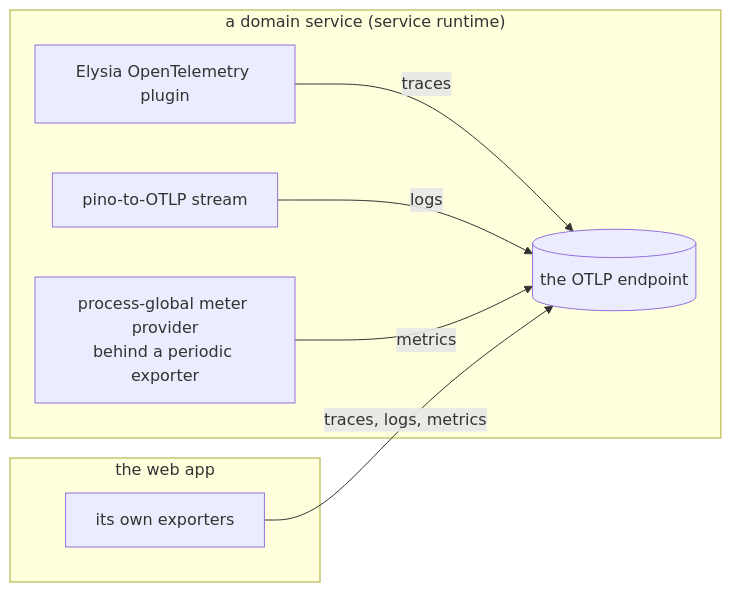
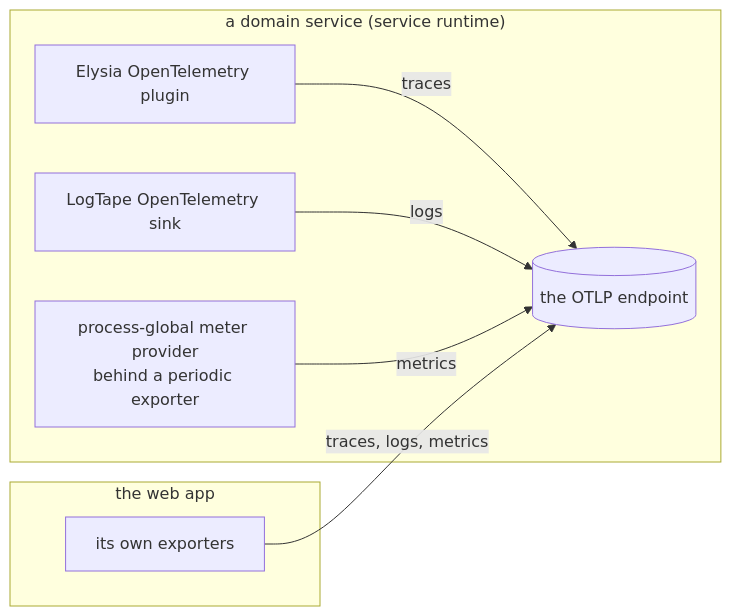
Before and after one commit to zgeoff/vers: the diagram in docs/architecture/platform/observability.md, drawn with Mermaid. The commit also changed other lines of this file and 87 other files, not shown here.

First line of the commit message:
feat(logging): log through logtape and its opentelemetry sink

````diff
--- a/docs/architecture/platform/observability.md
+++ b/docs/architecture/platform/observability.md
@@ -10,12 +10,12 @@
 ```mermaid
 flowchart LR
   subgraph service["a domain service (service runtime)"]
     T1[Elysia OpenTelemetry plugin] -->|traces| O
-    L1[pino-to-OTLP stream] -->|logs| O
+    L1[LogTape OpenTelemetry sink] -->|logs| O
     M1["process-global meter provider<br>behind a periodic exporter"] -->|metrics| O
   end
   subgraph web["the web app"]
     W[its own exporters] -->|traces, logs, metrics| O
   end
   O[("the OTLP endpoint")]
 ```
````
